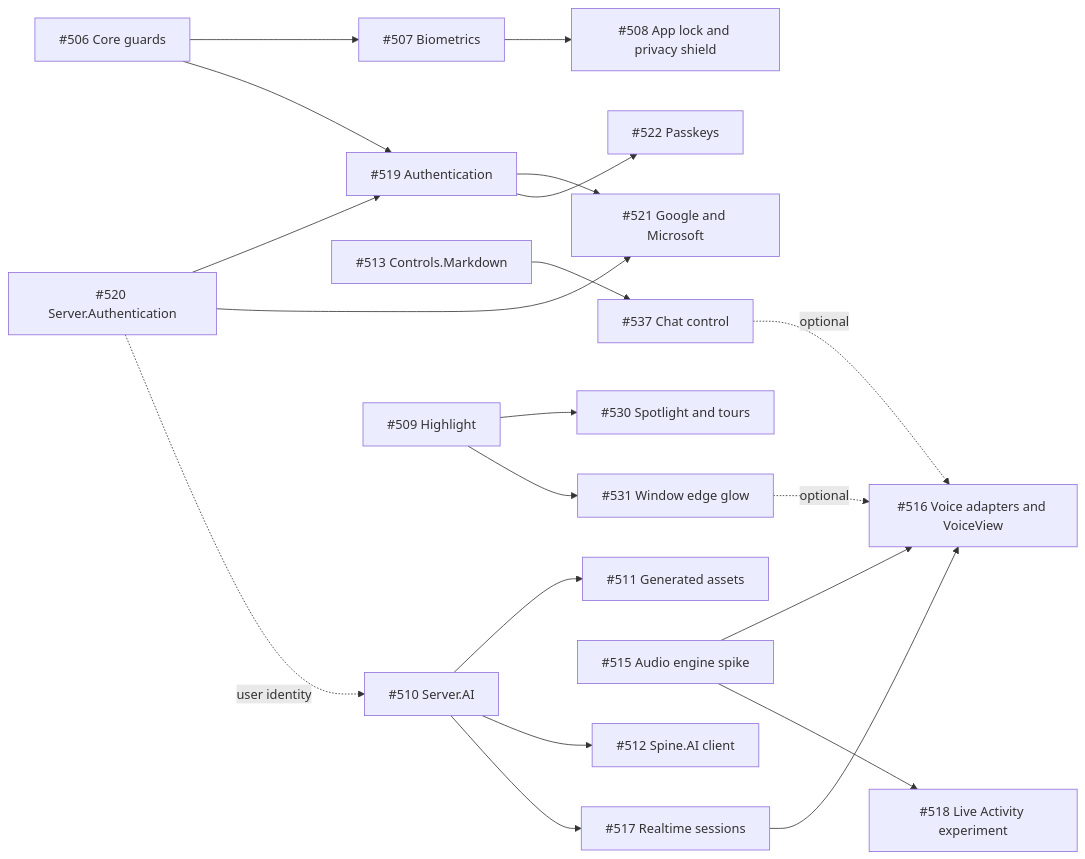
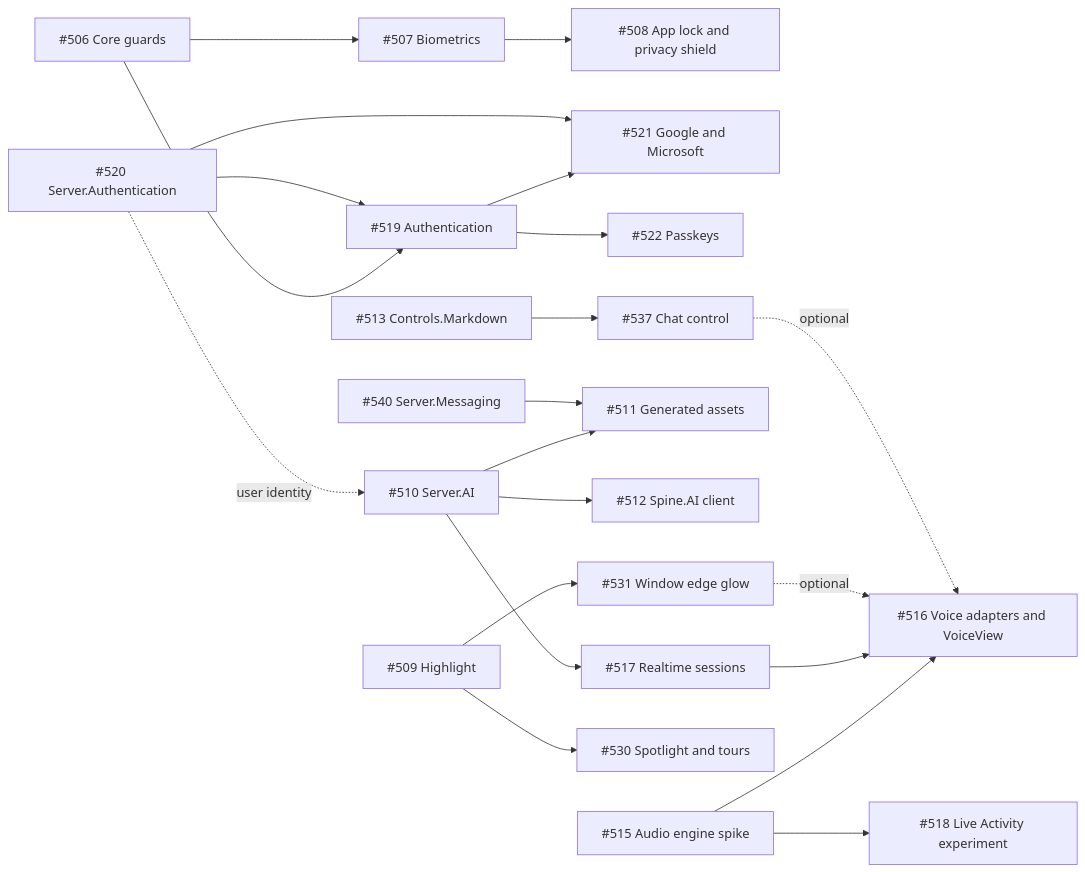
Before and after one commit to jonatansoderberg/Maui.Spine: the diagram in docs/plans/ai-and-security.md, drawn with Mermaid. The commit also changed other lines of this file and 83 other files, not shown here.

First line of the commit message:
Spine.Server.Messaging: queues on Storage Queues and Service Bus (#540)

````diff
--- a/docs/plans/ai-and-security.md
+++ b/docs/plans/ai-and-security.md
@@ -62,22 +63,23 @@
 ```mermaid
 graph LR
   G[#506 Core guards] --> BIO[#507 Biometrics]
   BIO --> LOCK[#508 App lock and privacy shield]
   G --> AUTH[#519 Authentication]
   SA[#520 Server.Authentication] --> AUTH
   AUTH --> GM[#521 Google and Microsoft]
   SA --> GM
   AUTH --> PK[#522 Passkeys]
   MD[#513 Controls.Markdown] --> CHAT
   AI[#510 Server.AI] --> ASSET[#511 Generated assets]
+  MSG[#540 Server.Messaging] --> ASSET
   AI --> CL[#512 Spine.AI client]
   AI --> RT[#517 Realtime sessions]
   VE[#515 Audio engine spike] --> VO[#516 Voice adapters and VoiceView]
   RT --> VO
   VE --> LA[#518 Live Activity experiment]
   HL[#509 Highlight] --> SPOT[#530 Spotlight and tours]
   HL --> EDGE[#531 Window edge glow]
   EDGE -.optional.-> VO
   CHAT[#537 Chat control] -.optional.-> VO
   SA -.user identity.-> AI
 ```
````
